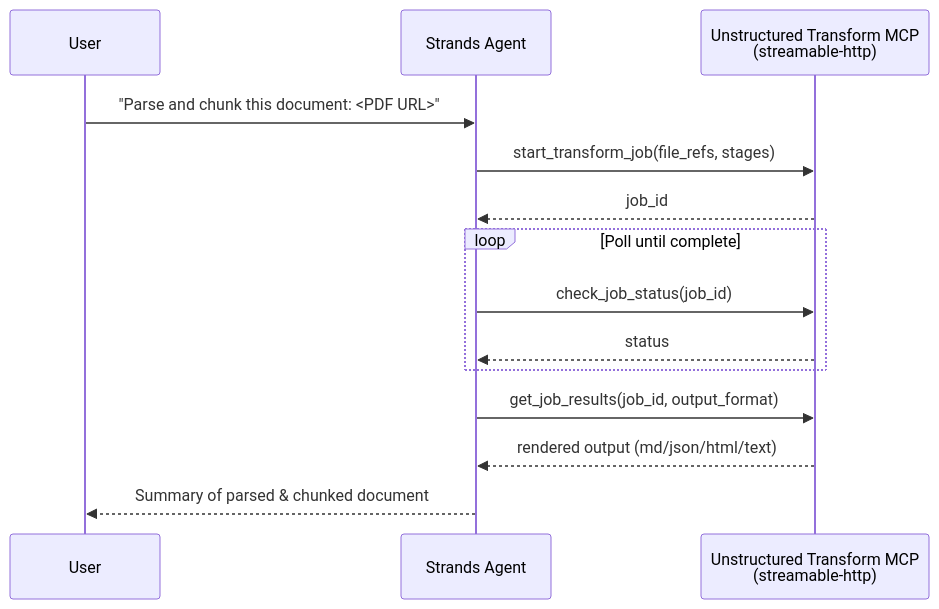
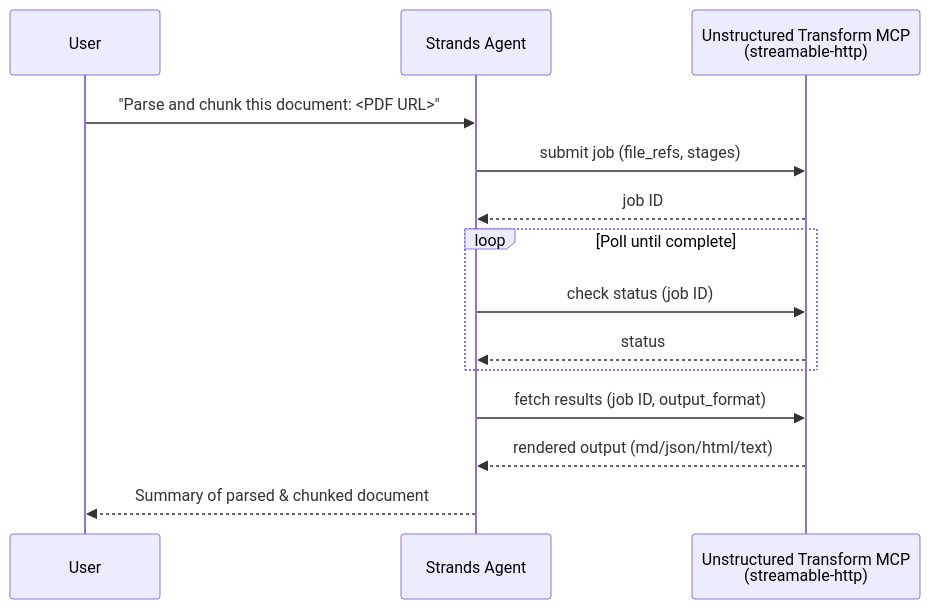
One commit to strands-agents/samples changed the diagram in python/03-integrate/protocols/unstructured-transform-mcp/README.md. Above: the diagram before and after it, drawn with Mermaid. The commit also changed other lines of this file and 2 other files, not shown here.

Commit message:
Stop hardcoding tool names: describe the pipeline by behavior, discover tools live

````diff
--- a/python/03-integrate/protocols/unstructured-transform-mcp/README.md
+++ b/python/03-integrate/protocols/unstructured-transform-mcp/README.md
@@ -24,17 +24,17 @@
 ```mermaid
 sequenceDiagram
     participant User
     participant Agent as Strands Agent
     participant Transform as Unstructured Transform MCP<br/>(streamable-http)
 
     User->>Agent: "Parse and chunk this document: <PDF URL>"
-    Agent->>Transform: start_transform_job(file_refs, stages)
-    Transform-->>Agent: job_id
+    Agent->>Transform: submit job (file_refs, stages)
+    Transform-->>Agent: job ID
     loop Poll until complete
-        Agent->>Transform: check_job_status(job_id)
+        Agent->>Transform: check status (job ID)
         Transform-->>Agent: status
     end
-    Agent->>Transform: get_job_results(job_id, output_format)
+    Agent->>Transform: fetch results (job ID, output_format)
     Transform-->>Agent: rendered output (md/json/html/text)
     Agent-->>User: Summary of parsed & chunked document
 ```
````
